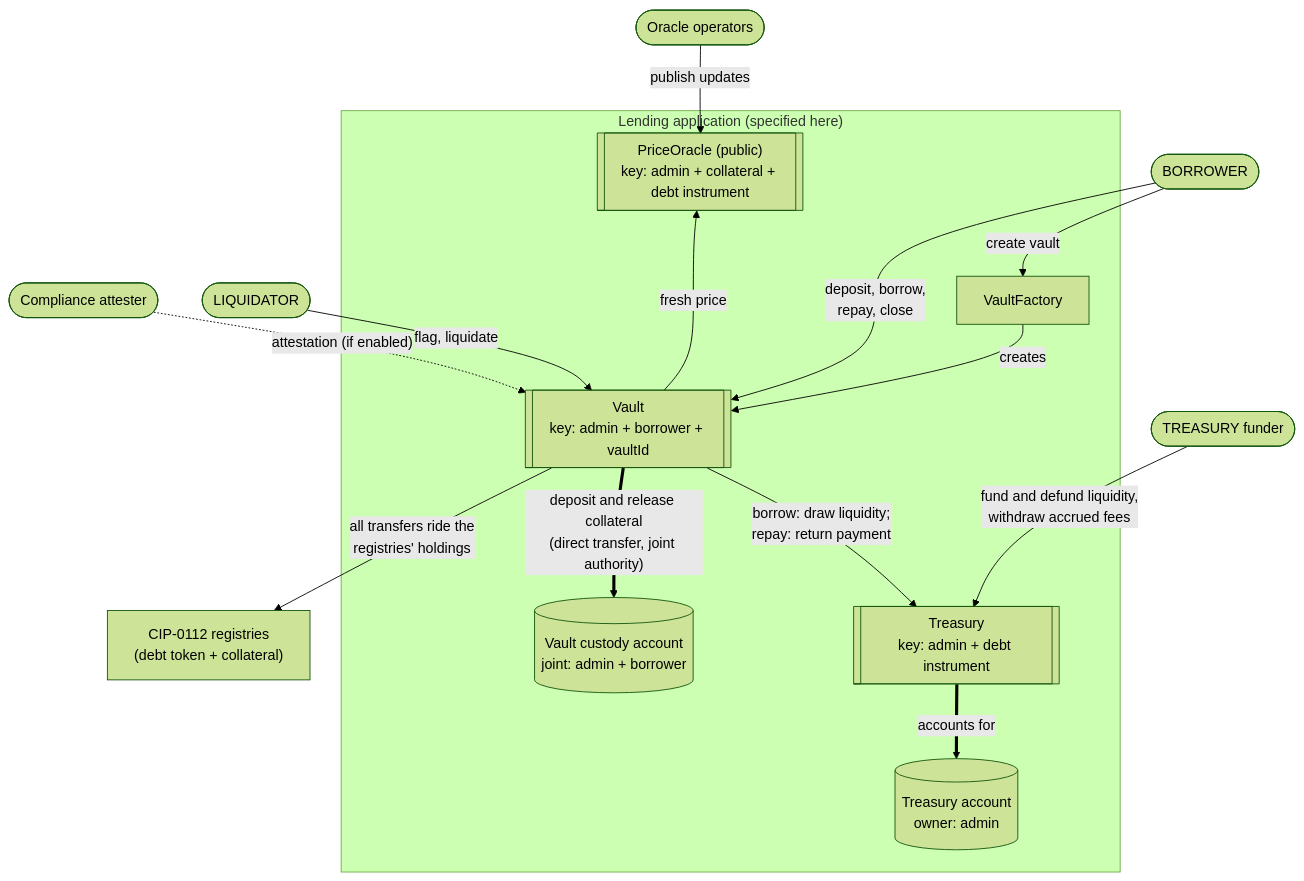
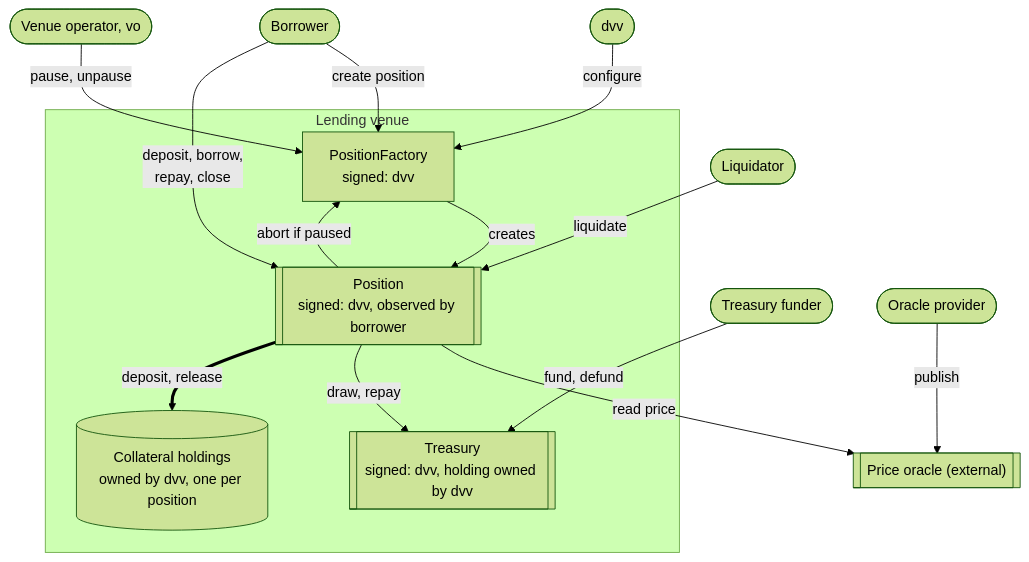
Before and after one commit to OpenZeppelin/canton-specs: the first of 9 diagrams in docs/reference-architectures/lending.md, drawn with Mermaid (forest theme). The commit also changed other lines of this file and 1 other file, not shown here.

Commit message:
Applied all DEX learnings + first manual pass. (#203)

````diff
--- a/docs/reference-architectures/lending.md
+++ b/docs/reference-architectures/lending.md
@@ -122,33 +120,31 @@
 ```mermaid
 flowchart TB
-    Committee([Oracle operators])
-    Borrower([BORROWER])
-    Liquidator([LIQUIDATOR])
-    Funder([TREASURY funder])
+    Consortium([dvv])
+    Operator([Venue operator, vo])
+    Funder([Treasury funder])
+    Borrower([Borrower])
+    Liquidator([Liquidator])
+    Provider([Oracle provider])
 
-    subgraph Target["Lending application (specified here)"]
-        Oracle[["PriceOracle (public)<br/>key: admin + collateral + debt instrument"]]
-        Factory["VaultFactory"]
-        Vault[["Vault<br/>key: admin + borrower + vaultId"]]
-        Custody[("Vault custody account<br/>joint: admin + borrower")]
-        Treasury[["Treasury<br/>key: admin + debt instrument"]]
-        Pool[("Treasury account<br/>owner: admin")]
+    subgraph Target["Lending venue"]
+        Factory["PositionFactory<br/>signed: dvv"]
+        Position[["Position<br/>signed: dvv, observed by borrower"]]
+        Treasury[["Treasury<br/>signed: dvv, holding owned by dvv"]]
+        Collateral[("Collateral holdings<br/>owned by dvv, one per position")]
     end
 
-    Registries["CIP-0112 registries<br/>(debt token + collateral)"]
-    Attester([Compliance attester])
-    Oracle ~~~ Attester
+    Oracle[["Price oracle (external)"]]
 
-    Committee -->|"publish updates"| Oracle
-    Funder -->|"fund and defund liquidity,<br/>withdraw accrued fees"| Treasury
-    Treasury ==>|"accounts for"| Pool
-    Borrower -->|"create vault"| Factory
-    Factory -->|"creates"| Vault
-    Borrower -->|"deposit, borrow,<br/>repay, close"| Vault
-    Liquidator -->|"flag, liquidate"| Vault
-    Attester -.->|"attestation (if enabled)"| Vault
-    Vault -->|"fresh price"| Oracle
-    Vault -->|"borrow: draw liquidity;<br/>repay: return payment"| Treasury
-    Vault ==>|"deposit and release collateral<br/>(direct transfer, joint authority)"| Custody
-    Vault -->|"all transfers ride the<br/>registries' holdings"| Registries
+    Consortium -->|"configure"| Factory
+    Operator -->|"pause, unpause"| Factory
+    Funder -->|"fund, defund"| Treasury
+    Borrower -->|"create position"| Factory
+    Factory -->|"creates"| Position
+    Borrower -->|"deposit, borrow,<br/>repay, close"| Position
+    Liquidator -->|"liquidate"| Position
+    Provider -->|"publish"| Oracle
+    Position -->|"abort if paused"| Factory
+    Position -->|"read price"| Oracle
+    Position -->|"draw, repay"| Treasury
+    Position ==>|"deposit, release"| Collateral
 ```
````
